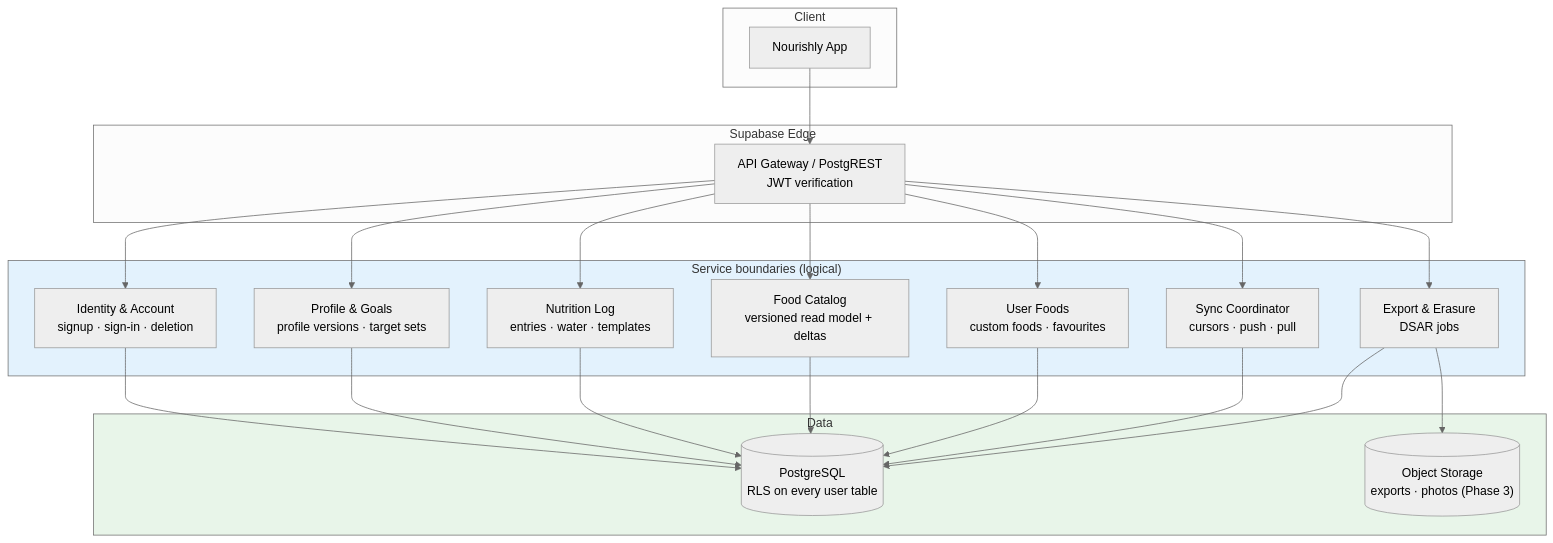
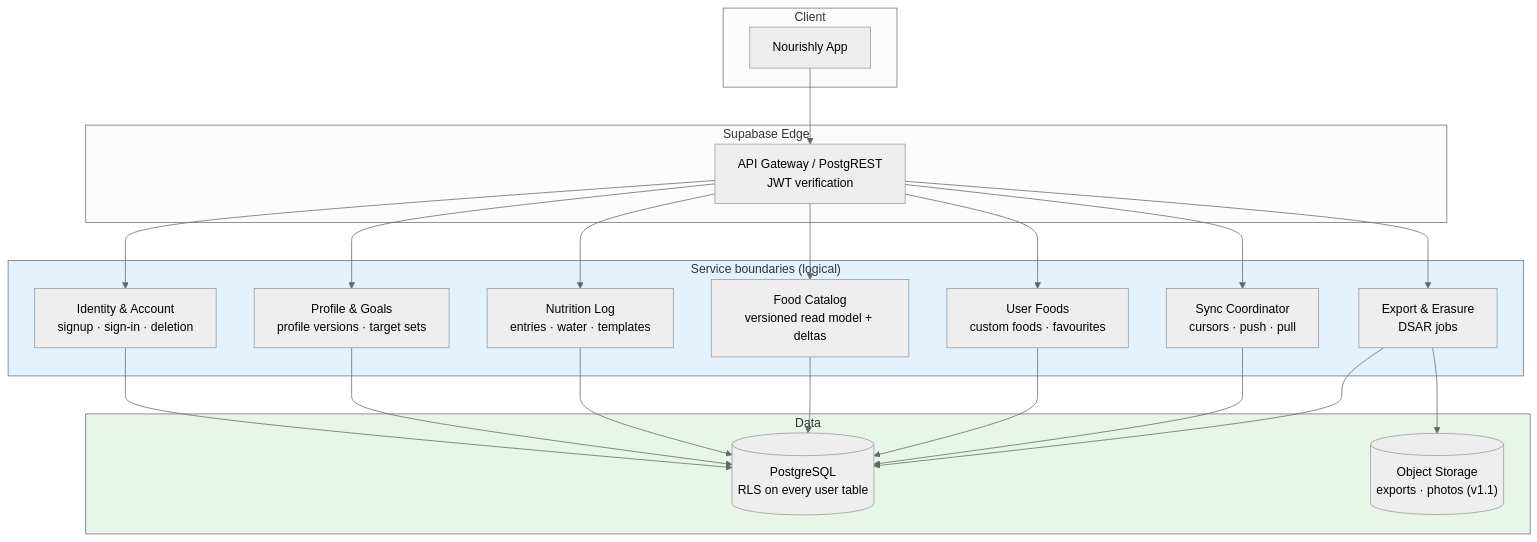
Before and after one commit to patel-keyur-18/nourishly: the fifth of 5 diagrams in docs/architecture/03-system-architecture.md, drawn with Mermaid (neutral theme). The commit also changed other lines of this file and 12 other files, not shown here.

First line of the commit message:
docs(architecture): revise to v0.2 for review decisions

````diff
--- a/docs/architecture/03-system-architecture.md
+++ b/docs/architecture/03-system-architecture.md
@@ -334,34 +341,34 @@
 ```mermaid
 graph TB
     subgraph Client
         APP["Nourishly App"]
     end
 
     subgraph Edge["Supabase Edge"]
         GW["API Gateway / PostgREST<br/>JWT verification"]
     end
 
     subgraph Svc["Service boundaries (logical)"]
         IDENT["Identity & Account<br/>signup · sign-in · deletion"]
         PROF["Profile & Goals<br/>profile versions · target sets"]
         LOGS["Nutrition Log<br/>entries · water · templates"]
         CAT["Food Catalog<br/>versioned read model + deltas"]
         UFOOD["User Foods<br/>custom foods · favourites"]
         SYNCS["Sync Coordinator<br/>cursors · push · pull"]
         EXPORT["Export & Erasure<br/>DSAR jobs"]
     end
 
     subgraph Data
         PG[("PostgreSQL<br/>RLS on every user table")]
-        OBJ[("Object Storage<br/>exports · photos (Phase 3)")]
+        OBJ[("Object Storage<br/>exports · photos (v1.1)")]
     end
 
     APP --> GW
     GW --> IDENT & PROF & LOGS & CAT & UFOOD & SYNCS & EXPORT
     IDENT & PROF & LOGS & UFOOD & SYNCS & EXPORT --> PG
     CAT --> PG
     EXPORT --> OBJ
 
     style Svc fill:#e3f2fd
     style Data fill:#e8f5e9
 ```
````
